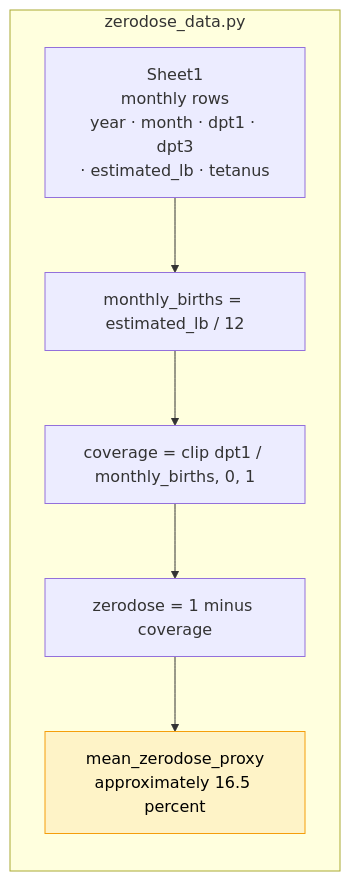
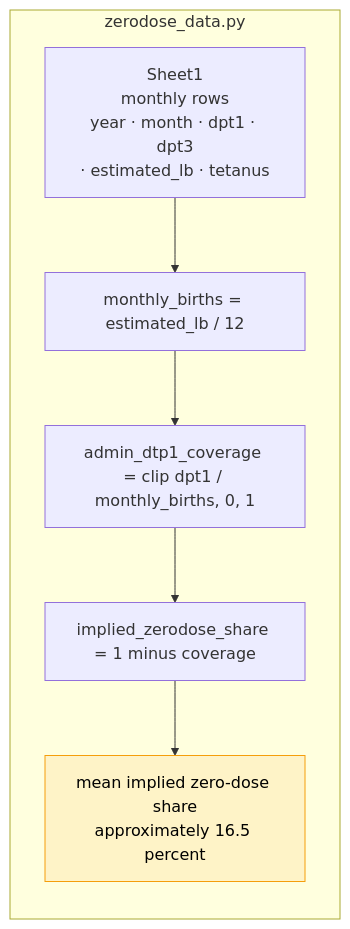
One commit to starsimhub/zdsim changed the second of 12 diagrams in docs/ARCHITECTURE.md. Above: the diagram before and after it, drawn with Mermaid. The commit also changed other lines of this file and 16 other files, not shown here.

````diff
--- a/docs/ARCHITECTURE.md
+++ b/docs/ARCHITECTURE.md
@@ -96,14 +96,14 @@
 ```mermaid
 flowchart LR
     SHEET["Sheet1<br/>monthly rows<br/>year · month · dpt1 · dpt3<br/>· estimated_lb · tetanus"]
 
     subgraph ZD ["zerodose_data.py"]
         A1["monthly_births = estimated_lb / 12"]
-        A2["coverage = clip dpt1 / monthly_births, 0, 1"]
-        A3["zerodose = 1 minus coverage"]
-        A4["mean_zerodose_proxy<br/>approximately 16.5 percent"]
+        A2["admin_dtp1_coverage = clip dpt1 / monthly_births, 0, 1"]
+        A3["implied_zerodose_share = 1 minus coverage"]
+        A4["mean implied zero-dose share<br/>approximately 16.5 percent"]
         SHEET --> A1 --> A2 --> A3 --> A4
     end
 
     style A4 fill:#fef3c7,stroke:#f59e0b,color:#000
 ```
````
